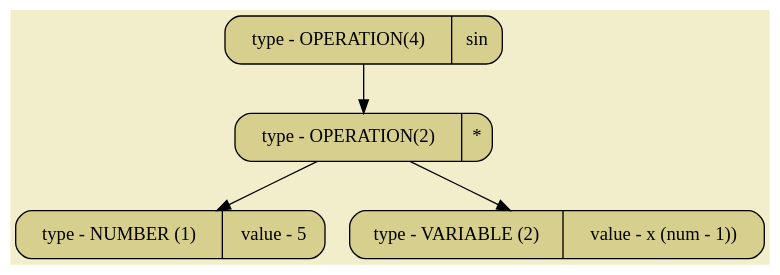
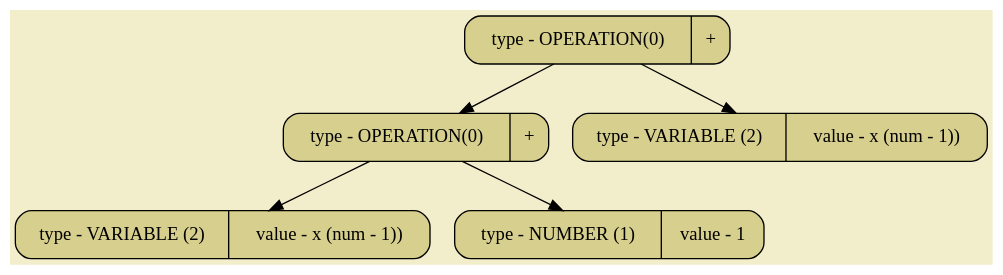
One commit to SashaKhaytina/Differenciator changed the diagram in pictures/image02.dot. Above: the diagram before and after it, drawn with Graphviz. The commit also changed 15 other files, not shown here.

```diff
--- a/pictures/image02.dot
+++ b/pictures/image02.dot
@@ -1,12 +1,14 @@
 digraph
 {
 bgcolor="#F2EECB";
 rankdir = TB;
-POINT_0x5c9a8f445490[shape=Mrecord, label = "type - OPERATION(4) | sin", style="filled",fillcolor="#D7CF8D"]
-POINT_0x5c9a8f445598[shape=Mrecord, label = "type - OPERATION(2) | *", style="filled",fillcolor="#D7CF8D"]
-POINT_0x5c9a8f4455b0[shape=Mrecord, label = "type - NUMBER (1) | value - 5", style="filled",fillcolor="#D7CF8D"]
-POINT_0x5c9a8f4455e0[shape=Mrecord, label = "type - VARIABLE (2) | value - x (num - 1))", style="filled",fillcolor="#D7CF8D"]
-POINT_0x5c9a8f445490 -> POINT_0x5c9a8f445598
-POINT_0x5c9a8f445598 -> POINT_0x5c9a8f4455b0
-POINT_0x5c9a8f445598 -> POINT_0x5c9a8f4455e0
+POINT_0x5afa228cb4d8[shape=Mrecord, label = "type - OPERATION(0) | +", style="filled",fillcolor="#D7CF8D"]
+POINT_0x5afa228cb4a8[shape=Mrecord, label = "type - OPERATION(0) | +", style="filled",fillcolor="#D7CF8D"]
+POINT_0x5afa228cb490[shape=Mrecord, label = "type - VARIABLE (2) | value - x (num - 1))", style="filled",fillcolor="#D7CF8D"]
+POINT_0x5afa228cb4c0[shape=Mrecord, label = "type - NUMBER (1) | value - 1", style="filled",fillcolor="#D7CF8D"]
+POINT_0x5afa228cb4f0[shape=Mrecord, label = "type - VARIABLE (2) | value - x (num - 1))", style="filled",fillcolor="#D7CF8D"]
+POINT_0x5afa228cb4d8 -> POINT_0x5afa228cb4a8
+POINT_0x5afa228cb4d8 -> POINT_0x5afa228cb4f0
+POINT_0x5afa228cb4a8 -> POINT_0x5afa228cb490
+POINT_0x5afa228cb4a8 -> POINT_0x5afa228cb4c0
 }
```
